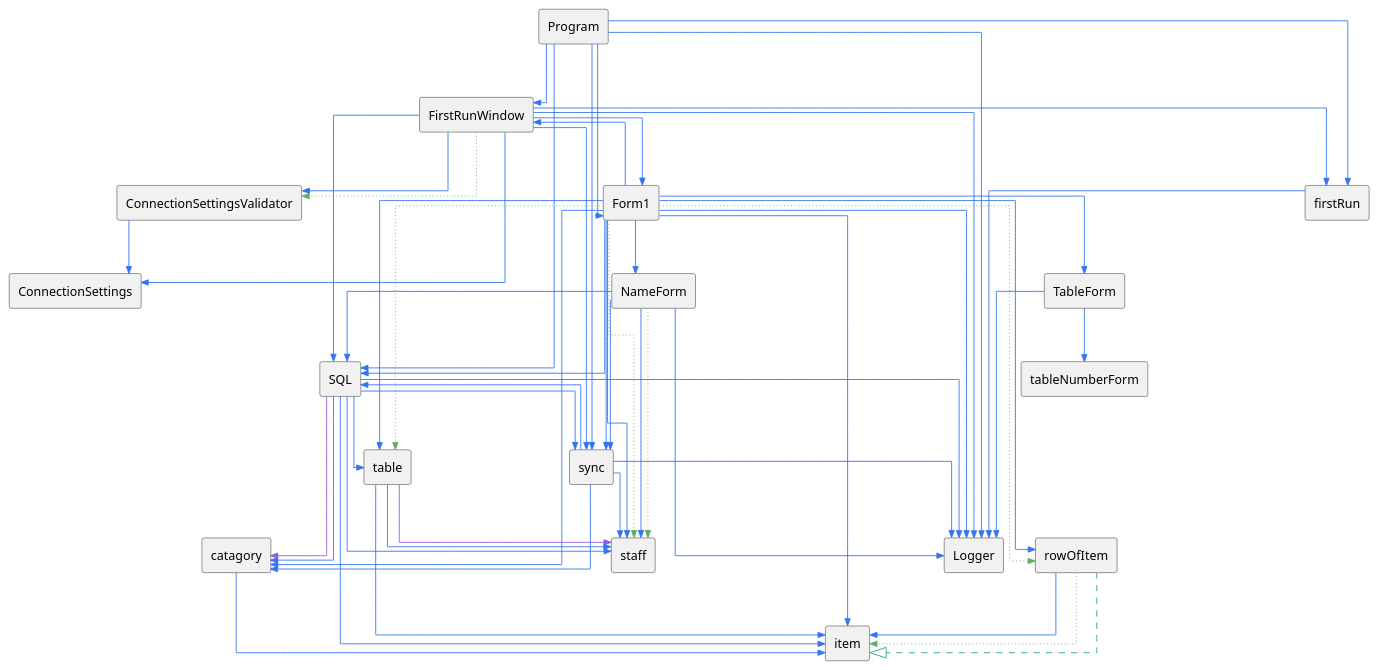
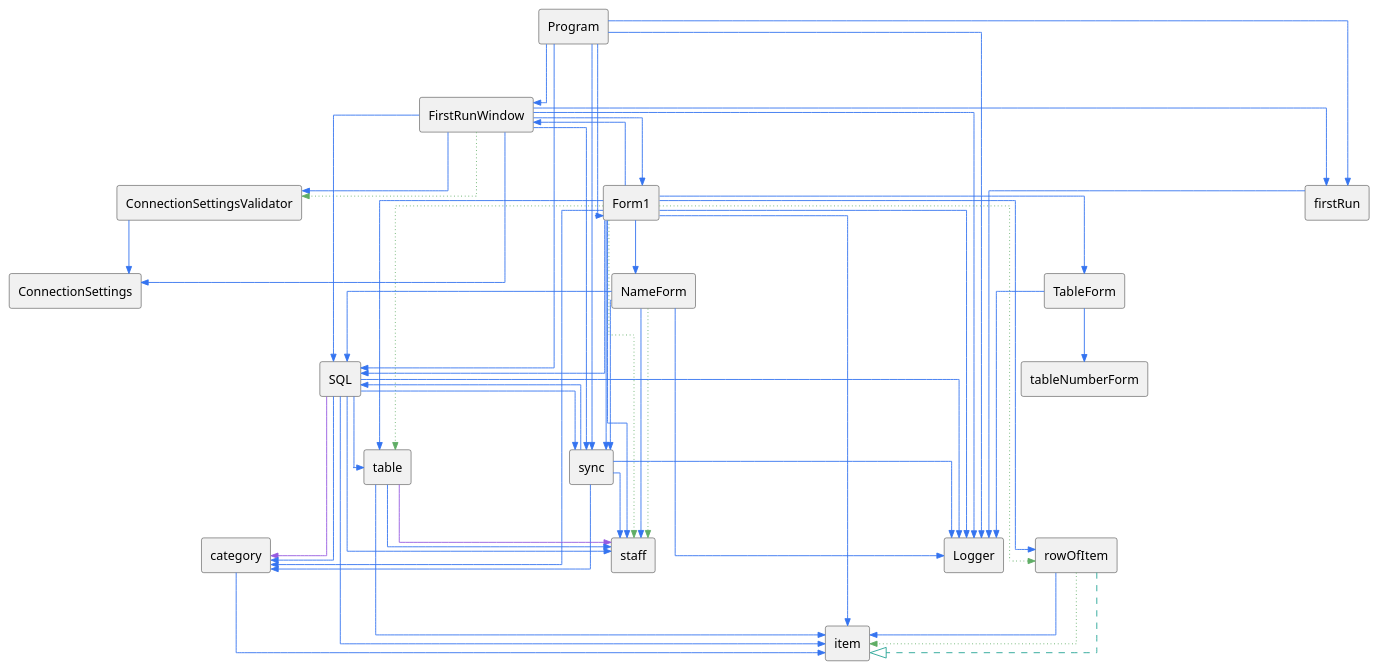
Before and after one commit to ffishstix/workcloneCS: the diagram in diagrams/Type Dependencies Diagram for ConnectionSettings and other elements.plantuml, drawn with PlantUML. The commit also changed 12 other files, not shown here.

```diff
--- a/diagrams/Type Dependencies Diagram for ConnectionSettings and other elements.plantuml
+++ b/diagrams/Type Dependencies Diagram for ConnectionSettings and other elements.plantuml
@@ -1,79 +1,79 @@
 @startuml
 
 
 skinparam linetype ortho
 
 rectangle ConnectionSettings
 rectangle ConnectionSettingsValidator
 rectangle FirstRunWindow
 rectangle Form1
 rectangle Logger
 rectangle NameForm
 rectangle Program
 rectangle SQL
 rectangle TableForm
-rectangle catagory
+rectangle category
 rectangle firstRun
 rectangle item
 rectangle rowOfItem
 rectangle staff
 rectangle sync
 rectangle table
 rectangle tableNumberForm
 
 ConnectionSettingsValidator  -[#3574f0,plain]->>  ConnectionSettings          
 FirstRunWindow               -[#3574f0,plain]->>  ConnectionSettings          
 FirstRunWindow               -[#3574f0,plain]->>  ConnectionSettingsValidator 
 FirstRunWindow               -[#5fad65,dotted]->>  ConnectionSettingsValidator 
 FirstRunWindow               -[#3574f0,plain]->>  Form1                       
 FirstRunWindow               -[#3574f0,plain]->>  Logger                      
 FirstRunWindow               -[#3574f0,plain]->>  SQL                         
 FirstRunWindow               -[#3574f0,plain]->>  firstRun                    
 FirstRunWindow               -[#3574f0,plain]->>  sync                        
 Form1                        -[#3574f0,plain]->>  FirstRunWindow              
 Form1                        -[#3574f0,plain]->>  Logger                      
 Form1                        -[#3574f0,plain]->>  NameForm                    
 Form1                        -[#3574f0,plain]->>  SQL                         
 Form1                        -[#3574f0,plain]->>  TableForm                   
-Form1                        -[#3574f0,plain]->>  catagory                    
+Form1                        -[#3574f0,plain]->>  category                    
 Form1                        -[#3574f0,plain]->>  item                        
 Form1                        -[#3574f0,plain]->>  rowOfItem                   
 Form1                        -[#5fad65,dotted]->>  rowOfItem                   
 Form1                        -[#5fad65,dotted]->>  staff                       
 Form1                        -[#3574f0,plain]->>  staff                       
 Form1                        -[#3574f0,plain]->>  sync                        
 Form1                        -[#3574f0,plain]->>  table                       
 Form1                        -[#5fad65,dotted]->>  table                       
 NameForm                     -[#3574f0,plain]->>  Logger                      
 NameForm                     -[#3574f0,plain]->>  SQL                         
 NameForm                     -[#3574f0,plain]->>  staff                       
 NameForm                     -[#5fad65,dotted]->>  staff                       
 NameForm                     -[#3574f0,plain]->>  sync                        
 Program                      -[#3574f0,plain]->>  FirstRunWindow              
 Program                      -[#3574f0,plain]->>  Form1                       
 Program                      -[#3574f0,plain]->>  Logger                      
 Program                      -[#3574f0,plain]->>  SQL                         
 Program                      -[#3574f0,plain]->>  firstRun                    
 Program                      -[#3574f0,plain]->>  sync                        
 SQL                          -[#3574f0,plain]->>  Logger                      
-SQL                          -[#955ae0,plain]->>  catagory                    
-SQL                          -[#3574f0,plain]->>  catagory                    
+SQL                          -[#955ae0,plain]->>  category                    
+SQL                          -[#3574f0,plain]->>  category                    
 SQL                          -[#3574f0,plain]->>  item                        
 SQL                          -[#3574f0,plain]->>  staff                       
 SQL                          -[#3574f0,plain]->>  sync                        
 SQL                          -[#3574f0,plain]->>  table                       
 TableForm                    -[#3574f0,plain]->>  Logger                      
 TableForm                    -[#3574f0,plain]->>  tableNumberForm             
-catagory                     -[#3574f0,plain]->>  item                        
+category                     -[#3574f0,plain]->>  item                        
 firstRun                     -[#3574f0,plain]->>  Logger                      
 rowOfItem                    -[#3574f0,plain]->>  item                        
 rowOfItem                    -[#5fad65,dotted]->>  item                        
 rowOfItem                    -[#24a394,dashed]-^  item                        
 sync                         -[#3574f0,plain]->>  Logger                      
 sync                         -[#3574f0,plain]->>  SQL                         
-sync                         -[#3574f0,plain]->>  catagory                    
+sync                         -[#3574f0,plain]->>  category                    
 sync                         -[#3574f0,plain]->>  staff                       
 table                        -[#3574f0,plain]->>  item                        
 table                        -[#955ae0,plain]->>  staff                       
 table                        -[#3574f0,plain]->>  staff                       
 @enduml
```
